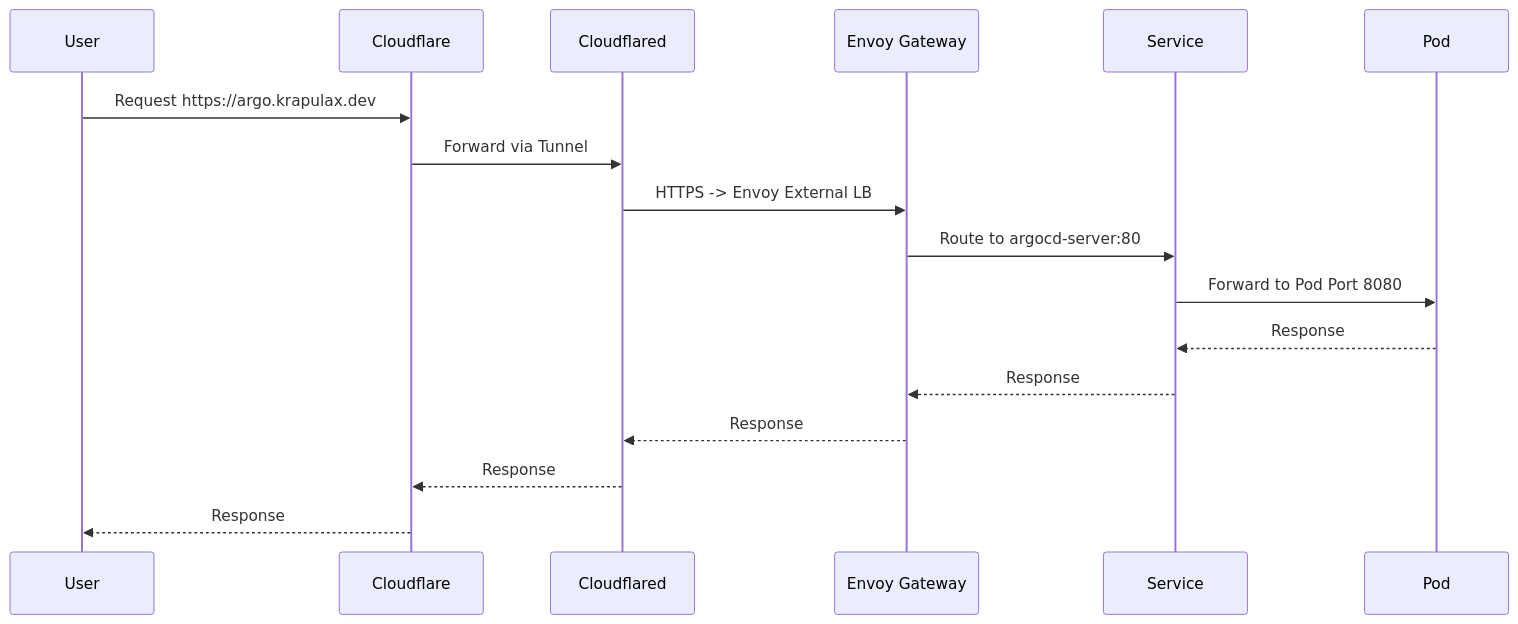
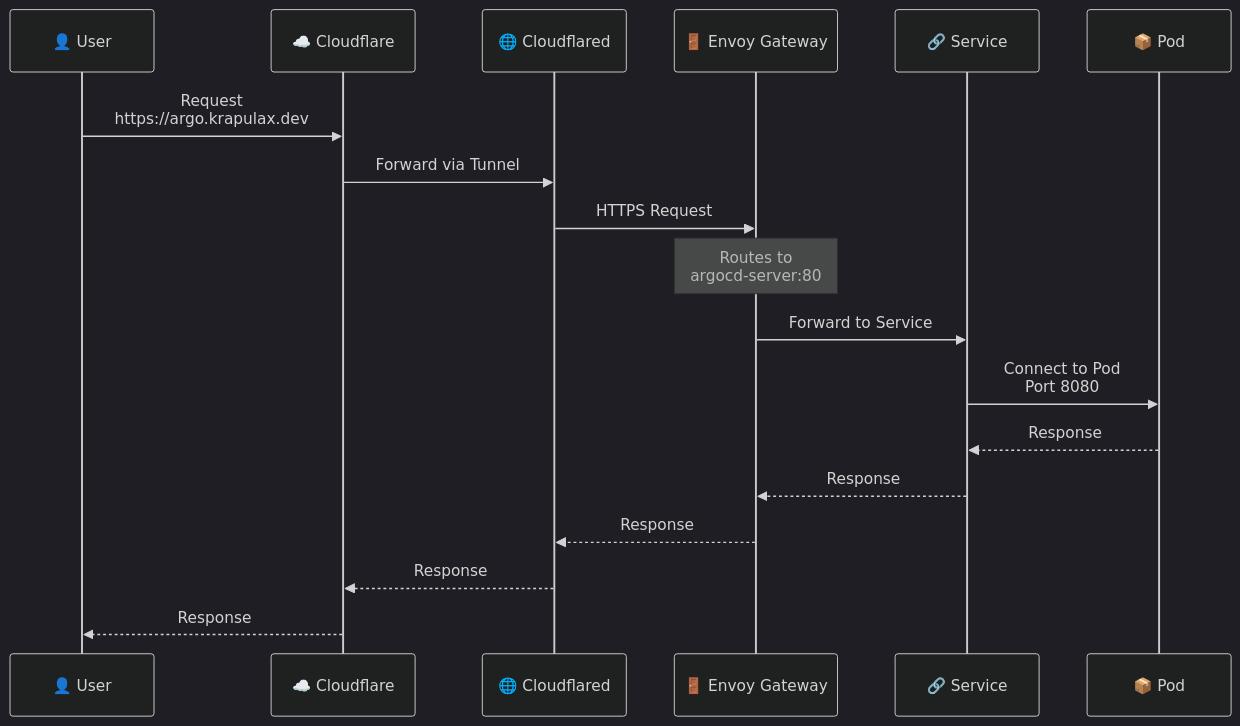
The second of 13 diagrams in docs/architecture.md (fabricesemti80/home-argo-cluster-2025), drawn with Mermaid before and after one commit. The commit also changed other lines of this file, not shown here.

First line of the commit message:
docs(architecture): add dark theme styling to Mermaid diagrams

````diff
--- a/docs/architecture.md
+++ b/docs/architecture.md
@@ -58,20 +82,22 @@
 ```mermaid
+%%{init: {'theme': 'dark'}}%%
 sequenceDiagram
-    participant U as User
-    participant CF as Cloudflare
-    participant CT as Cloudflared
-    participant EG as Envoy Gateway
-    participant SVC as Service
-    participant POD as Pod
+    participant U as 👤 User
+    participant CF as ☁️ Cloudflare
+    participant CT as 🌐 Cloudflared
+    participant EG as 🚪 Envoy Gateway
+    participant SVC as 🔗 Service
+    participant POD as 📦 Pod
 
-    U->>CF: Request https://argo.krapulax.dev
+    U->>CF: Request<br/>https://argo.krapulax.dev
     CF->>CT: Forward via Tunnel
-    CT->>EG: HTTPS -> Envoy External LB
-    EG->>SVC: Route to argocd-server:80
-    SVC->>POD: Forward to Pod Port 8080
+    CT->>EG: HTTPS Request
+    Note over EG: Routes to<br/>argocd-server:80
+    EG->>SVC: Forward to Service
+    SVC->>POD: Connect to Pod<br/>Port 8080
     POD-->>SVC: Response
     SVC-->>EG: Response
     EG-->>CT: Response
     CT-->>CF: Response
     CF-->>U: Response
 ```
````
